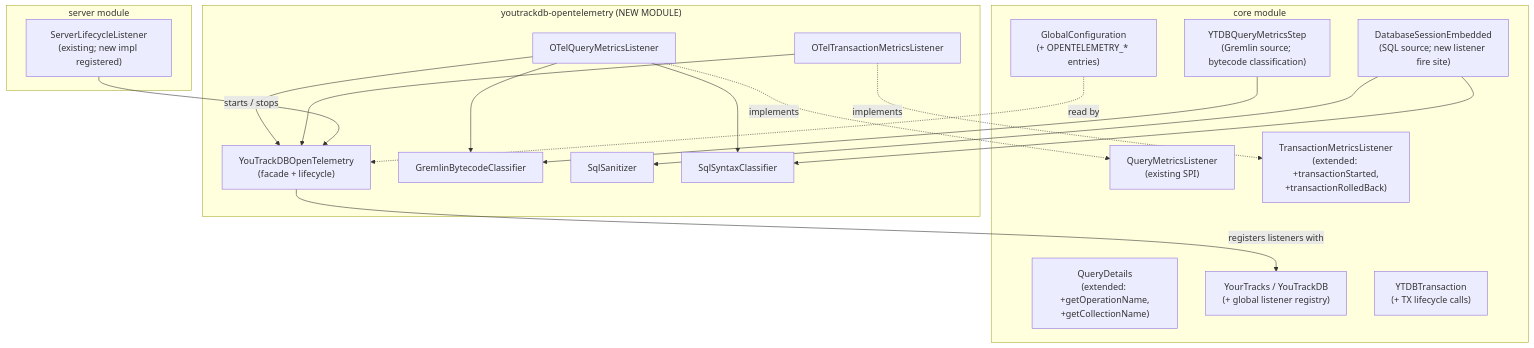
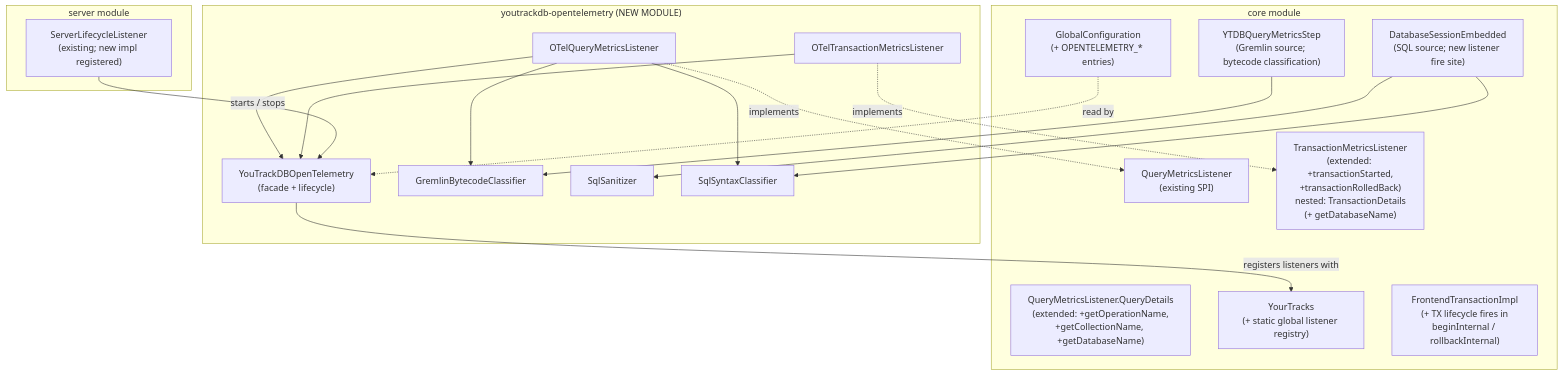
One commit to JetBrains/youtrackdb changed the diagram in docs/adr/ytdb-496-opentelemetry-support/_workflow/implementation-plan.md. Above: the diagram before and after it, drawn with Mermaid. The commit also changed other lines of this file and 6 other files, not shown here.

````diff
--- a/docs/adr/ytdb-496-opentelemetry-support/_workflow/implementation-plan.md
+++ b/docs/adr/ytdb-496-opentelemetry-support/_workflow/implementation-plan.md
@@ -30,39 +30,39 @@
 ```mermaid
 flowchart TB
     subgraph core["core module"]
         QML["QueryMetricsListener<br/>(existing SPI)"]
-        TML["TransactionMetricsListener<br/>(extended: +transactionStarted,<br/>+transactionRolledBack)"]
-        QD["QueryDetails<br/>(extended: +getOperationName,<br/>+getCollectionName)"]
-        YOU["YourTracks / YouTrackDB<br/>(+ global listener registry)"]
-        TX["YTDBTransaction<br/>(+ TX lifecycle calls)"]
+        TML["TransactionMetricsListener<br/>(extended: +transactionStarted,<br/>+transactionRolledBack)<br/>nested: TransactionDetails<br/>(+ getDatabaseName)"]
+        QD["QueryMetricsListener.QueryDetails<br/>(extended: +getOperationName,<br/>+getCollectionName, +getDatabaseName)"]
+        YOU["YourTracks<br/>(+ static global listener registry)"]
+        TX["FrontendTransactionImpl<br/>(+ TX lifecycle fires in<br/>beginInternal / rollbackInternal)"]
         STEP["YTDBQueryMetricsStep<br/>(Gremlin source; bytecode classification)"]
         DSE["DatabaseSessionEmbedded<br/>(SQL source; new listener fire site)"]
         GC["GlobalConfiguration<br/>(+ OPENTELEMETRY_* entries)"]
     end
 
     subgraph server["server module"]
         SLL["ServerLifecycleListener<br/>(existing; new impl registered)"]
     end
 
     subgraph otel["youtrackdb-opentelemetry (NEW MODULE)"]
         OTQ["OTelQueryMetricsListener"]
         OTT["OTelTransactionMetricsListener"]
         FAC["YouTrackDBOpenTelemetry<br/>(facade + lifecycle)"]
         GCLS["GremlinBytecodeClassifier"]
         SQLS["SqlSanitizer"]
         SCLS["SqlSyntaxClassifier"]
     end
 
     OTQ -.implements.-> QML
     OTT -.implements.-> TML
     OTQ --> GCLS
     OTQ --> SCLS
     OTQ --> FAC
     OTT --> FAC
     FAC -- "registers listeners with" --> YOU
     SLL -- "starts / stops" --> FAC
     STEP --> GCLS
     DSE --> SQLS
     DSE --> SCLS
     GC -. read by .-> FAC
 ```
````
